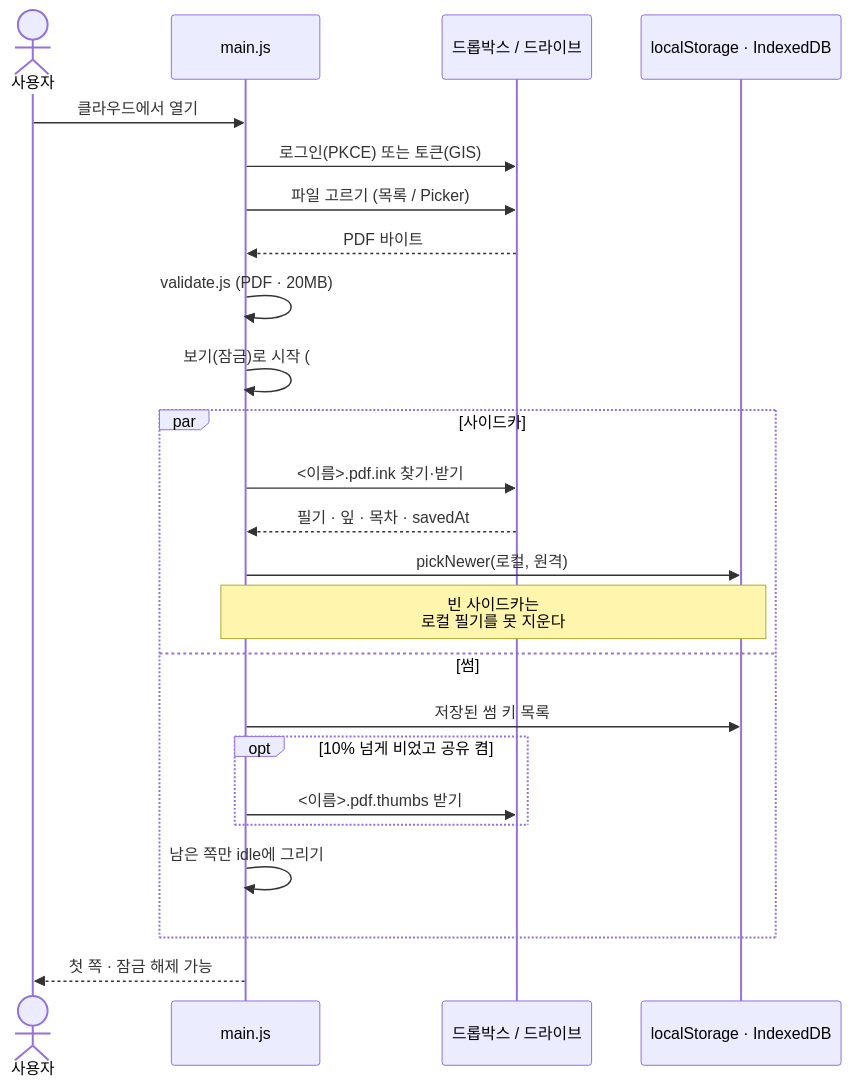
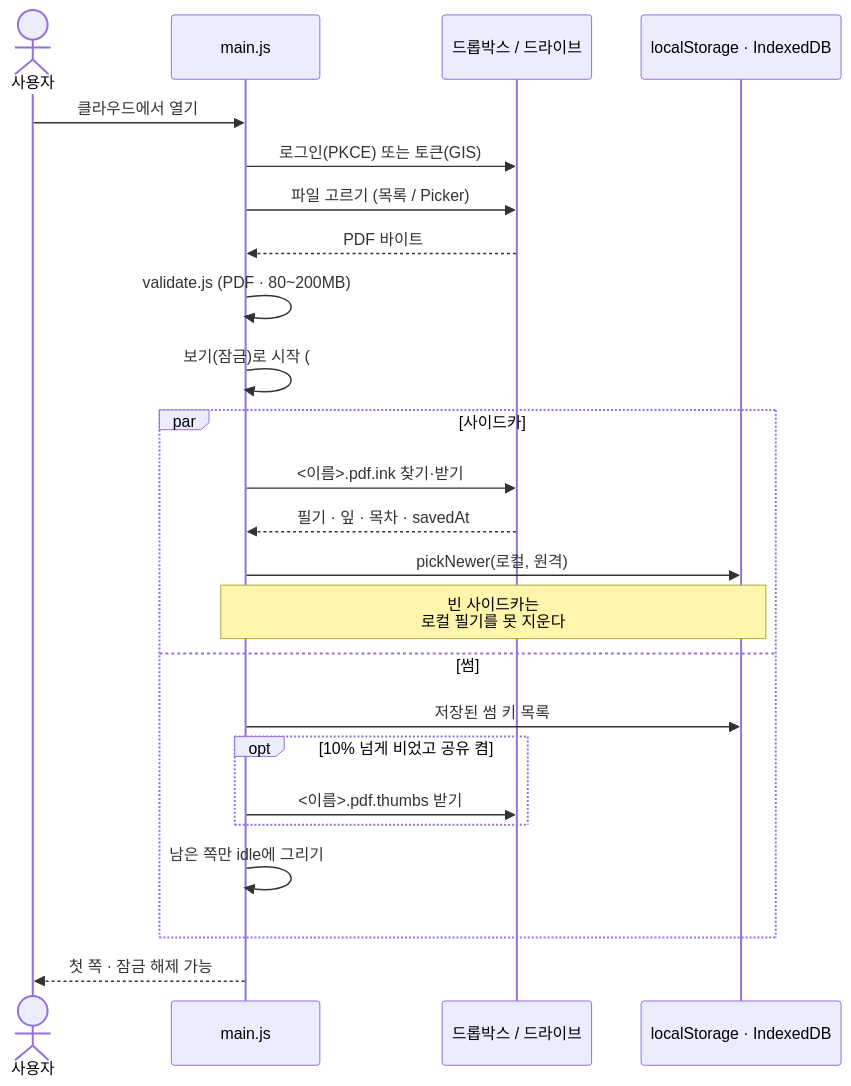
The third of 5 diagrams in docs/ARCHITECTURE.md (progh2/pdf-ink), drawn with Mermaid before and after one commit. The commit also changed 8 other files, not shown here.

````diff
--- a/docs/ARCHITECTURE.md
+++ b/docs/ARCHITECTURE.md
@@ -94,27 +94,27 @@
 ```mermaid
 sequenceDiagram
   actor 사용자
   participant App as main.js
   participant Cloud as 드롭박스 / 드라이브
   participant Local as localStorage · IndexedDB
 
   사용자->>App: 클라우드에서 열기
   App->>Cloud: 로그인(PKCE) 또는 토큰(GIS)
   App->>Cloud: 파일 고르기 (목록 / Picker)
   Cloud-->>App: PDF 바이트
-  App->>App: validate.js (PDF · 20MB)
+  App->>App: validate.js (PDF · 80~200MB)
   App->>App: 보기(잠금)로 시작 (#127)
   par 사이드카
     App->>Cloud: <이름>.pdf.ink 찾기·받기
     Cloud-->>App: 필기 · 잎 · 목차 · savedAt
     App->>Local: pickNewer(로컬, 원격)
     Note over App,Local: 빈 사이드카는<br/>로컬 필기를 못 지운다
   and 썸
     App->>Local: 저장된 썸 키 목록
     opt 10% 넘게 비었고 공유 켬
       App->>Cloud: <이름>.pdf.thumbs 받기
     end
     App->>App: 남은 쪽만 idle에 그리기
   end
   App-->>사용자: 첫 쪽 · 잠금 해제 가능
 ```
````
